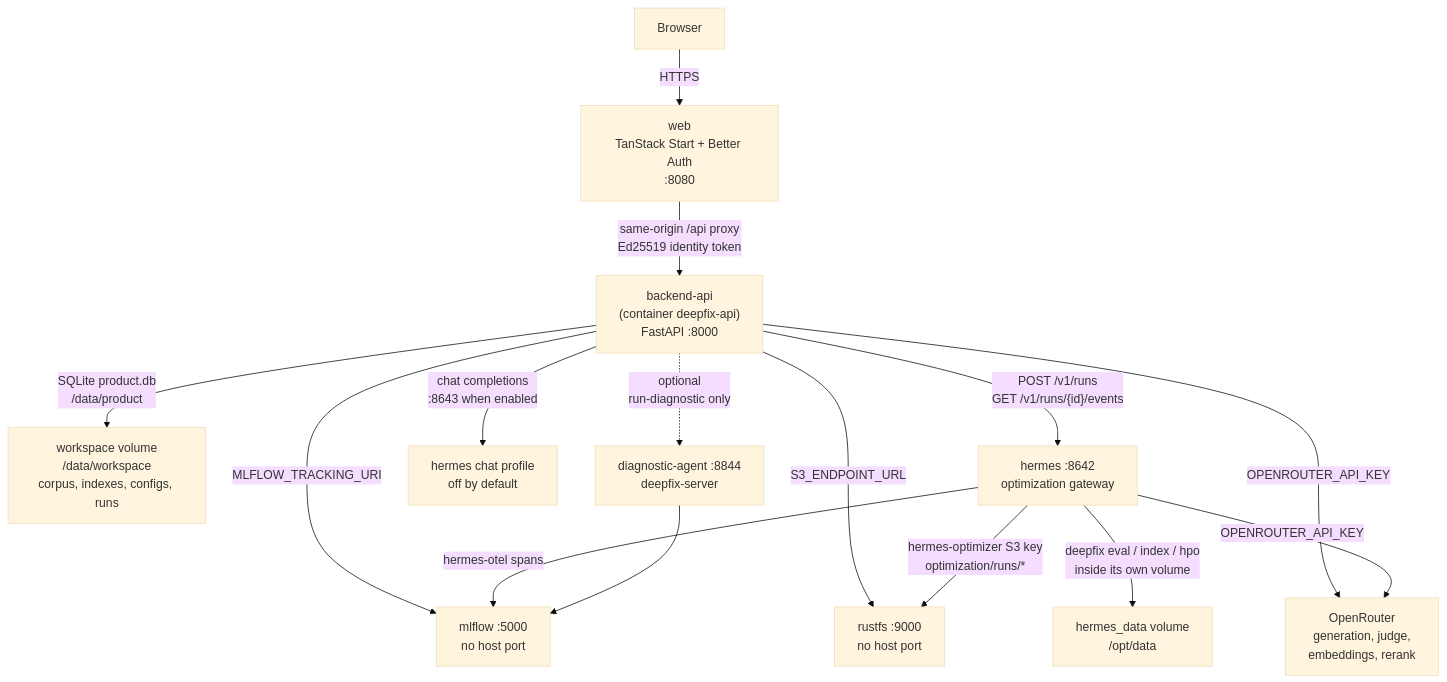
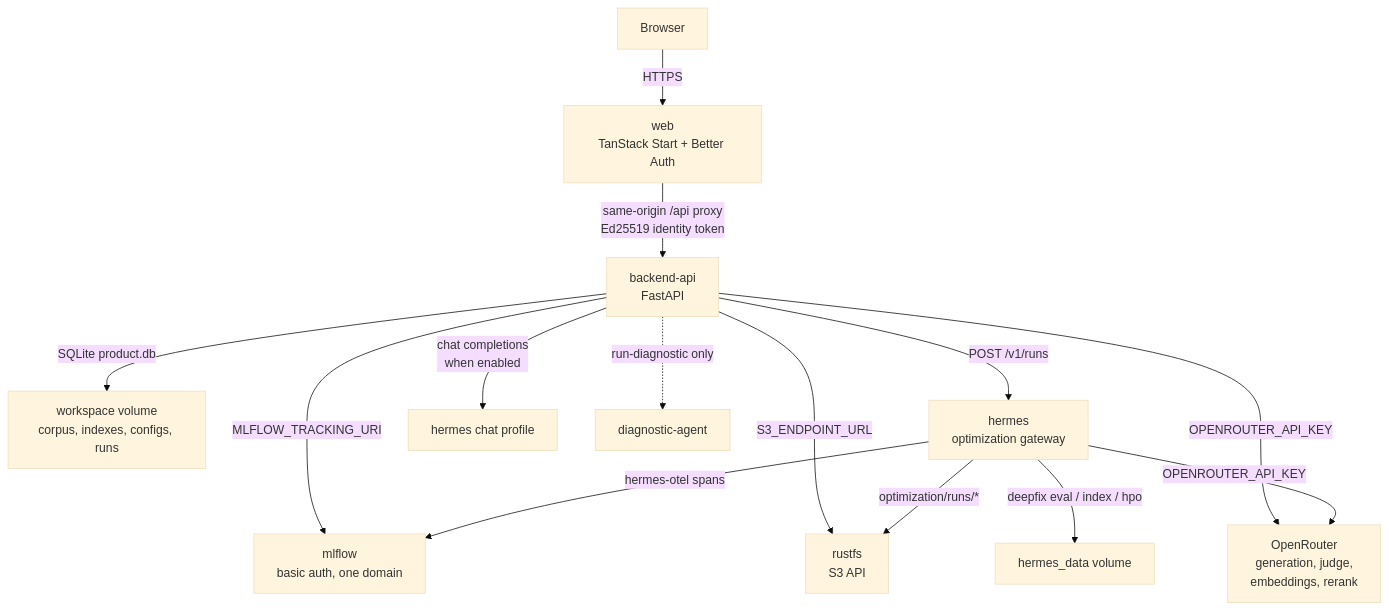
One commit to Mittelstand-Zukunftslab/deepfix-rag changed the first of 2 diagrams in README.md. Above: the diagram before and after it, drawn with Mermaid (base theme). The commit also changed other lines of this file, not shown here.

First line of the commit message:
docs: rewrite the README around the product, the tour, and verified behaviour

````diff
--- a/README.md
+++ b/README.md
@@ -26,17 +59,16 @@
 ```mermaid
 flowchart TB
-    user["Browser"] -->|"HTTPS"| web["web<br/>TanStack Start + Better Auth<br/>:8080"]
-    web -->|"same-origin /api proxy<br/>Ed25519 identity token"| api["backend-api<br/>(container deepfix-api)<br/>FastAPI :8000"]
-    api -->|"SQLite product.db<br/>/data/product"| workspace["workspace volume<br/>/data/workspace<br/>corpus, indexes, configs, runs"]
-    api -->|"MLFLOW_TRACKING_URI"| mlflow["mlflow :5000<br/>no host port"]
-    api -->|"S3_ENDPOINT_URL"| rustfs["rustfs :9000<br/>no host port"]
-    api -->|"POST /v1/runs<br/>GET /v1/runs/{id}/events"| hermes["hermes :8642<br/>optimization gateway"]
-    api -->|"chat completions<br/>:8643 when enabled"| chat["hermes chat profile<br/>off by default"]
-    hermes -->|"hermes-optimizer S3 key<br/>optimization/runs/*"| rustfs
+    user["Browser"] -->|HTTPS| web["web<br/>TanStack Start + Better Auth"]
+    web -->|"same-origin /api proxy<br/>Ed25519 identity token"| api["backend-api<br/>FastAPI"]
+    api -->|"SQLite product.db"| workspace["workspace volume<br/>corpus, indexes, configs, runs"]
+    api -->|"MLFLOW_TRACKING_URI"| mlflow["mlflow<br/>basic auth, one domain"]
+    api -->|"S3_ENDPOINT_URL"| rustfs["rustfs<br/>S3 API"]
+    api -->|"POST /v1/runs"| hermes["hermes<br/>optimization gateway"]
+    api -->|"chat completions<br/>when enabled"| chat["hermes chat profile"]
+    hermes -->|"optimization/runs/*"| rustfs
     hermes -->|"hermes-otel spans"| mlflow
-    hermes -->|"deepfix eval / index / hpo<br/>inside its own volume"| hermesvol["hermes_data volume<br/>/opt/data"]
-    api -.->|"optional<br/>run-diagnostic only"| diag["diagnostic-agent :8844<br/>deepfix-server"]
-    diag --> mlflow
+    hermes -->|"deepfix eval / index / hpo"| hermesvol["hermes_data volume"]
+    api -.->|"run-diagnostic only"| diag["diagnostic-agent"]
     api -->|"OPENROUTER_API_KEY"| llm["OpenRouter<br/>generation, judge,<br/>embeddings, rerank"]
     hermes -->|"OPENROUTER_API_KEY"| llm
 ```
````
